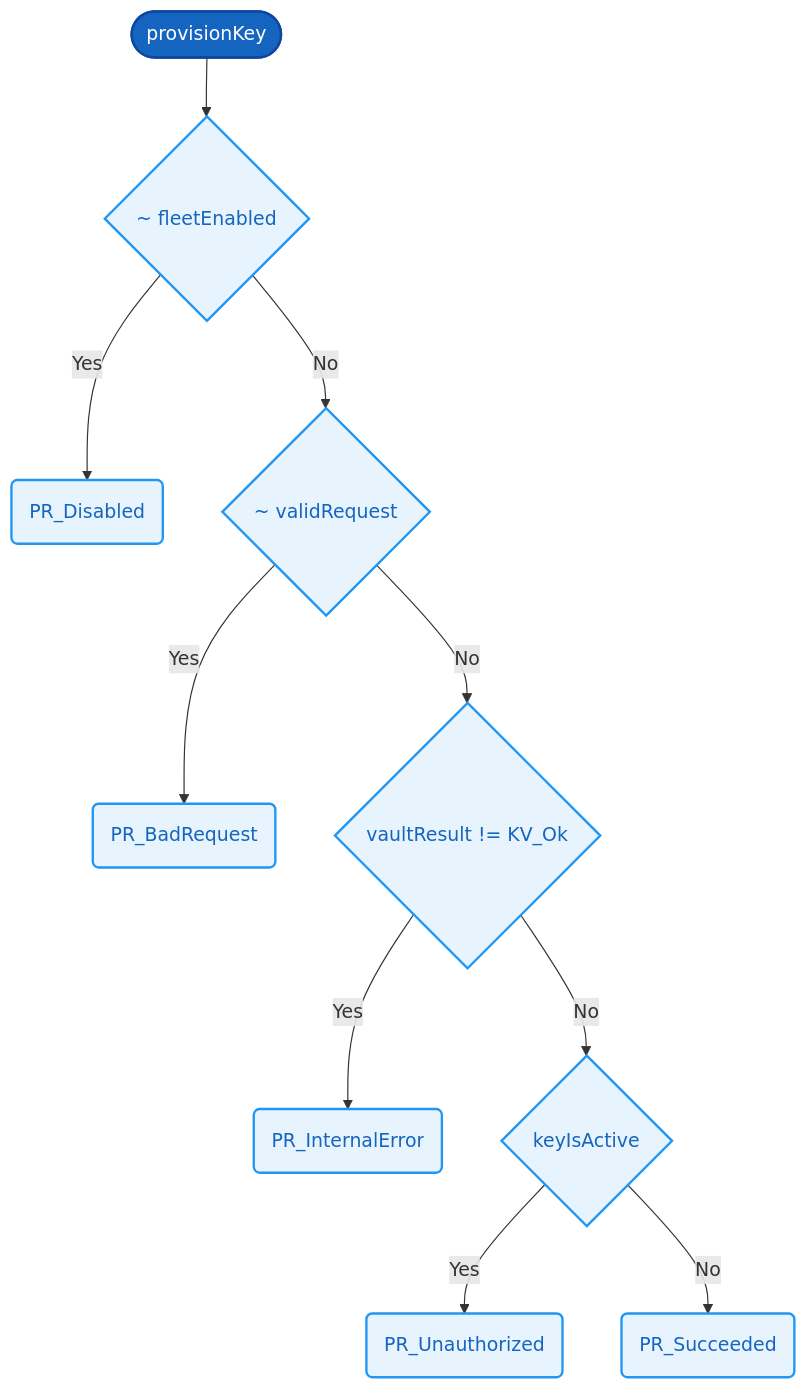
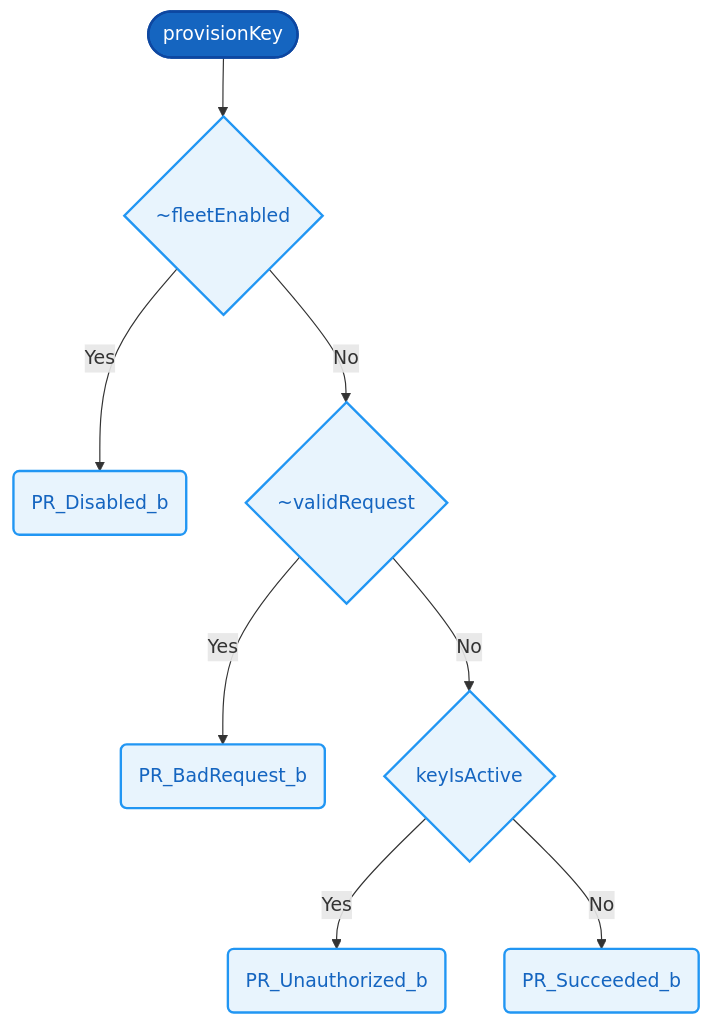
The diagram in docs/functions/provisionKey.md (AmeliaRose802/formal-verification-demo-protocol), drawn with Mermaid before and after one commit. The commit also changed other lines of this file and 151 other files, not shown here.

````diff
--- a/docs/functions/provisionKey.md
+++ b/docs/functions/provisionKey.md
@@ -30,15 +47,13 @@
 ```mermaid
 flowchart TD
   Start(["provisionKey"])
-  Start --> C0{"~ fleetEnabled"}
-  C0 -->|Yes| R0("PR_Disabled")
-  C0 -->|No| C1{"~ validRequest"}
-  C1 -->|Yes| R1("PR_BadRequest")
-  C1 -->|No| C2{"vaultResult != KV_Ok"}
-  C2 -->|Yes| R2("PR_InternalError")
-  C2 -->|No| C3{"keyIsActive"}
-  C3 -->|Yes| R3("PR_Unauthorized")
-  C3 -->|No| R4("PR_Succeeded")
+  Start --> C0{"~fleetEnabled"}
+  C0 -->|Yes| R0("PR_Disabled_b")
+  C0 -->|No| C1{"~validRequest"}
+  C1 -->|Yes| R1("PR_BadRequest_b")
+  C1 -->|No| C2{"keyIsActive"}
+  C2 -->|Yes| R2("PR_Unauthorized_b")
+  C2 -->|No| R3("PR_Succeeded_b")
   classDef default fill:#e8f4fd,stroke:#2196F3,stroke-width:2px,color:#1565C0
   style Start fill:#1565C0,stroke:#0D47A1,color:#fff,stroke-width:2px
 ```
````
